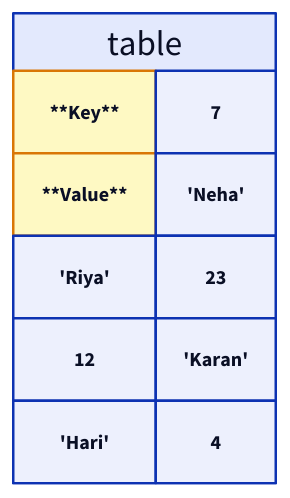
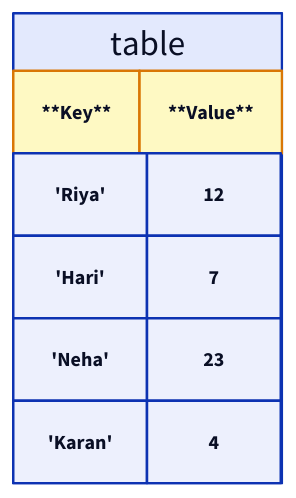
Before and after one commit to ani2fun/codefolio: the sixth of 24 diagrams in content/cortex/data-structures-and-algorithms/01-data-structures/04-hash-table/01-introduction-to-hash-tables.md, drawn with D2. The commit also changed other lines of this file and 352 other files, not shown here.

First line of the commit message:
Architectural deepening: pipelines, content, icons, AsyncResult

````diff
--- a/content/cortex/data-structures-and-algorithms/01-data-structures/04-hash-table/01-introduction-to-hash-tables.md
+++ b/content/cortex/data-structures-and-algorithms/01-data-structures/04-hash-table/01-introduction-to-hash-tables.md
@@ -229,16 +225,16 @@
 ```d2
 table: {
-  grid-columns: 2
+  grid-rows: 5
   grid-gap: 0
   hk: "**Key**" {style.fill: "#fef9c3"; style.stroke: "#d97706"}
   hv: "**Value**" {style.fill: "#fef9c3"; style.stroke: "#d97706"}
   k1: "'Riya'"
   v1: "12"
   k2: "'Hari'"
   v2: "7"
   k3: "'Neha'"
   v3: "23"
   k4: "'Karan'"
   v4: "4"
 }
 ```
````
